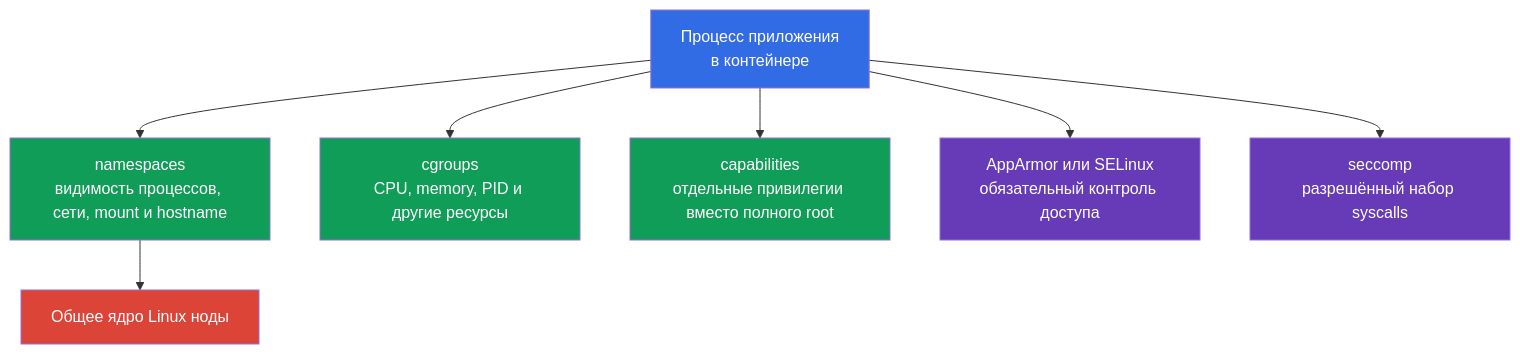
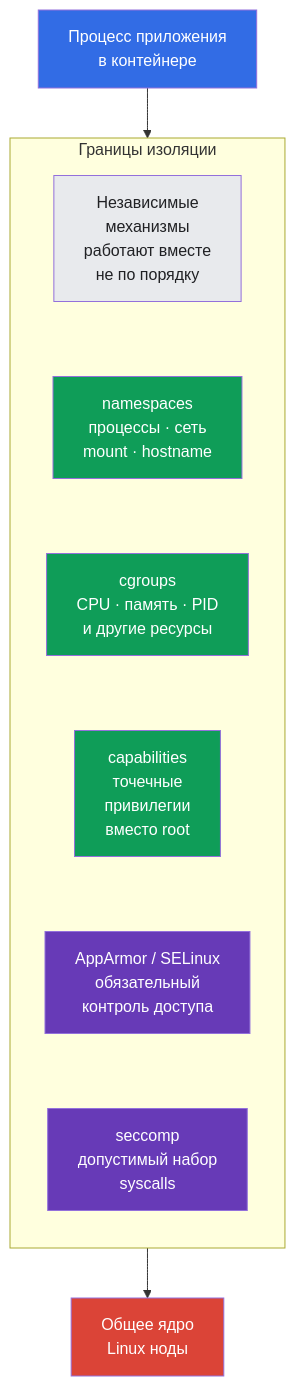
Before and after one commit to ViktorUJ/cks: the first of 5 diagrams in tasks/cks/course/03/ru.md, drawn with Mermaid. The commit also changed other lines of this file and 6 other files, not shown here.

````diff
--- a/tasks/cks/course/03/ru.md
+++ b/tasks/cks/course/03/ru.md
@@ -13,22 +13,32 @@
 ```mermaid
 flowchart TB
     app["Процесс приложения<br/>в контейнере"]
-    ns["namespaces<br/>видимость процессов, сети, mount и hostname"]
-    cg["cgroups<br/>CPU, memory, PID и другие ресурсы"]
-    caps["capabilities<br/>отдельные привилегии вместо полного root"]
-    mac["AppArmor или SELinux<br/>обязательный контроль доступа"]
-    sc["seccomp<br/>разрешённый набор syscalls"]
-    kernel["Общее ядро Linux ноды"]
-    app --> ns --> kernel
-    app --> cg
-    app --> caps
-    app --> mac
-    app --> sc
+
+    subgraph isolation["Границы изоляции"]
+        direction TB
+        boundaries["Независимые<br/>механизмы<br/>работают вместе<br/>не по порядку"]
+        ns["namespaces<br/>процессы · сеть<br/>mount · hostname"]
+        cg["cgroups<br/>CPU · память · PID<br/>и другие ресурсы"]
+        caps["capabilities<br/>точечные<br/>привилегии<br/>вместо root"]
+        mac["AppArmor / SELinux<br/>обязательный<br/>контроль доступа"]
+        sc["seccomp<br/>допустимый набор<br/>syscalls"]
+        boundaries ~~~ ns
+        ns ~~~ cg
+        cg ~~~ caps
+        caps ~~~ mac
+        mac ~~~ sc
+    end
+
+    kernel["Общее ядро<br/>Linux ноды"]
+    app --> boundaries
+    sc --> kernel
+
     style app fill:#326ce5,color:#fff
+    style boundaries fill:#e8eaed,color:#202124
     style ns fill:#0f9d58,color:#fff
     style cg fill:#0f9d58,color:#fff
     style caps fill:#0f9d58,color:#fff
     style mac fill:#673ab7,color:#fff
     style sc fill:#673ab7,color:#fff
     style kernel fill:#db4437,color:#fff
 ```
````
